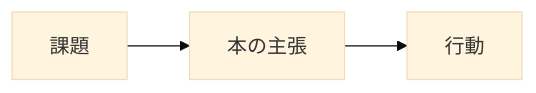
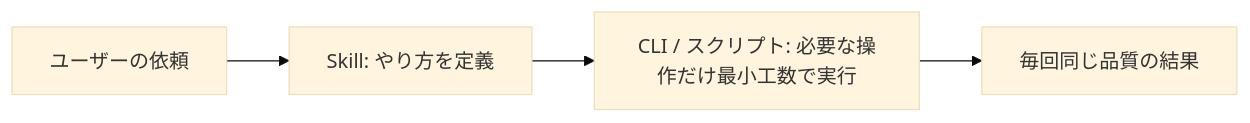
Before and after one commit to tarou652/cluade-purezen: the first of 3 diagrams in book.md, drawn with Mermaid (base theme). The commit also changed other lines of this file, not shown here.

````diff
--- a/book.md
+++ b/book.md
@@ -63,5 +193,6 @@
 ```mermaid
 flowchart LR
-  A[課題] --> B[本の主張]
-  B --> C[行動]
+  U[ユーザーの依頼] --> S[Skill: やり方を定義]
+  S --> C["CLI / スクリプト: 必要な操作だけ最小工数で実行"]
+  C --> R[毎回同じ品質の結果]
 ```
````
